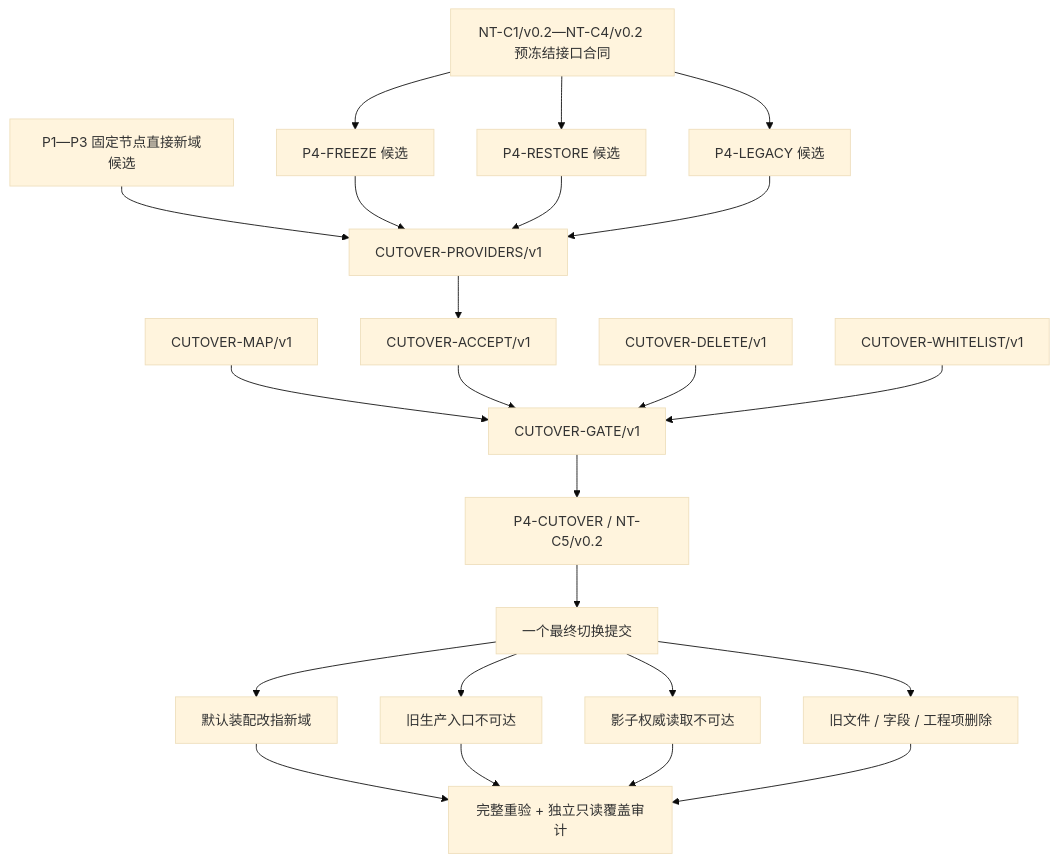
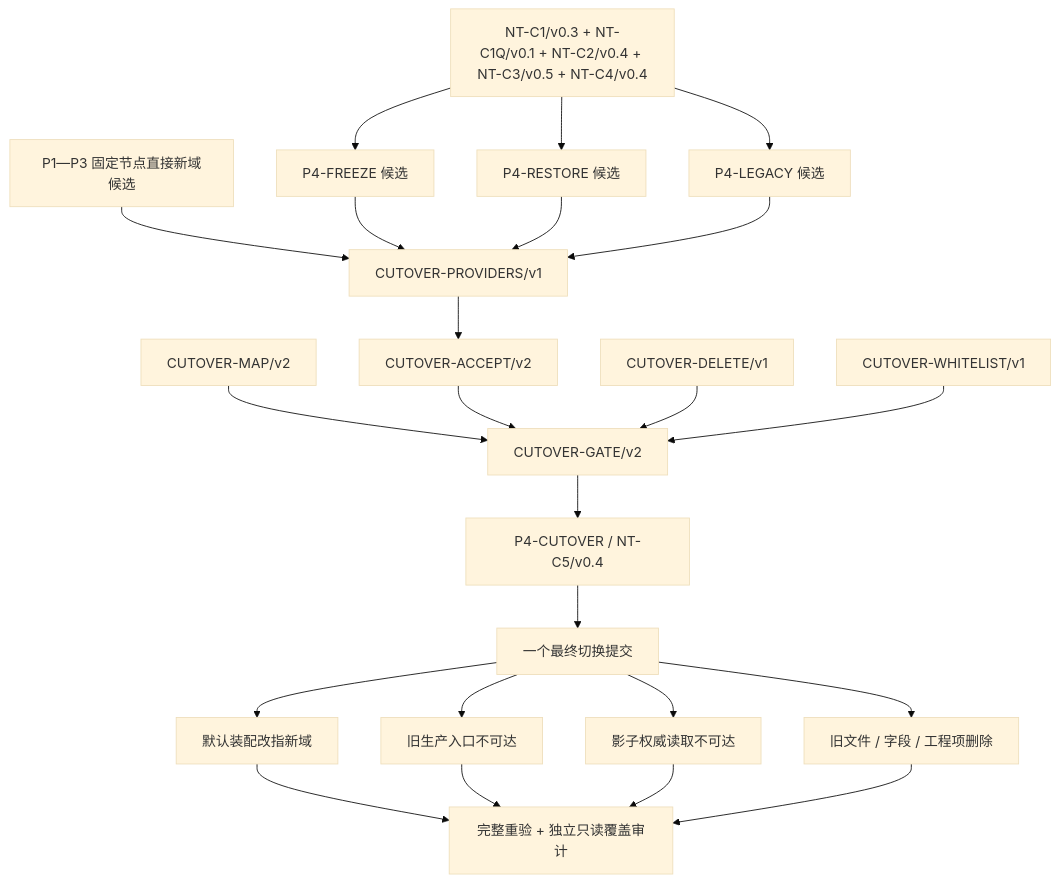
Before and after one commit to chunhaizh-cyber/HY-Ego: the third of 3 diagrams in 规范/详细设计/函数结构知识图谱/20260722_NODE-TYPED-MIGRATION_NT-P4_函数结构知识图谱.md, drawn with Mermaid (base theme). The commit also changed other lines of this file and 65 other files, not shown here.

````diff
--- a/规范/详细设计/函数结构知识图谱/20260722_NODE-TYPED-MIGRATION_NT-P4_函数结构知识图谱.md
+++ b/规范/详细设计/函数结构知识图谱/20260722_NODE-TYPED-MIGRATION_NT-P4_函数结构知识图谱.md
@@ -265,25 +265,25 @@
 ```mermaid
 flowchart TD
-    CONTRACT["NT-C1/v0.2—NT-C4/v0.2 预冻结接口合同"] --> F["P4-FREEZE 候选"]
+    CONTRACT["NT-C1/v0.3 + NT-C1Q/v0.1 + NT-C2/v0.4 + NT-C3/v0.5 + NT-C4/v0.4"] --> F["P4-FREEZE 候选"]
     CONTRACT --> R["P4-RESTORE 候选"]
     CONTRACT --> L["P4-LEGACY 候选"]
     P123["P1—P3 固定节点直接新域候选"] --> PROVIDERS["CUTOVER-PROVIDERS/v1"]
     F --> PROVIDERS
     R --> PROVIDERS
     L --> PROVIDERS
-    PROVIDERS --> ACCEPT["CUTOVER-ACCEPT/v1"]
-    MAP["CUTOVER-MAP/v1"] --> GATE["CUTOVER-GATE/v1"]
+    PROVIDERS --> ACCEPT["CUTOVER-ACCEPT/v2"]
+    MAP["CUTOVER-MAP/v2"] --> GATE["CUTOVER-GATE/v2"]
     ACCEPT --> GATE
     DELETE["CUTOVER-DELETE/v1"] --> GATE
     WHITE["CUTOVER-WHITELIST/v1"] --> GATE
-    GATE --> C["P4-CUTOVER / NT-C5/v0.2"]
+    GATE --> C["P4-CUTOVER / NT-C5/v0.4"]
     C --> ONE["一个最终切换提交"]
     ONE --> A["默认装配改指新域"]
     ONE --> B["旧生产入口不可达"]
     ONE --> S["影子权威读取不可达"]
     ONE --> D["旧文件 / 字段 / 工程项删除"]
     A --> AUDIT["完整重验 + 独立只读覆盖审计"]
     B --> AUDIT
     S --> AUDIT
     D --> AUDIT
 ```
````
